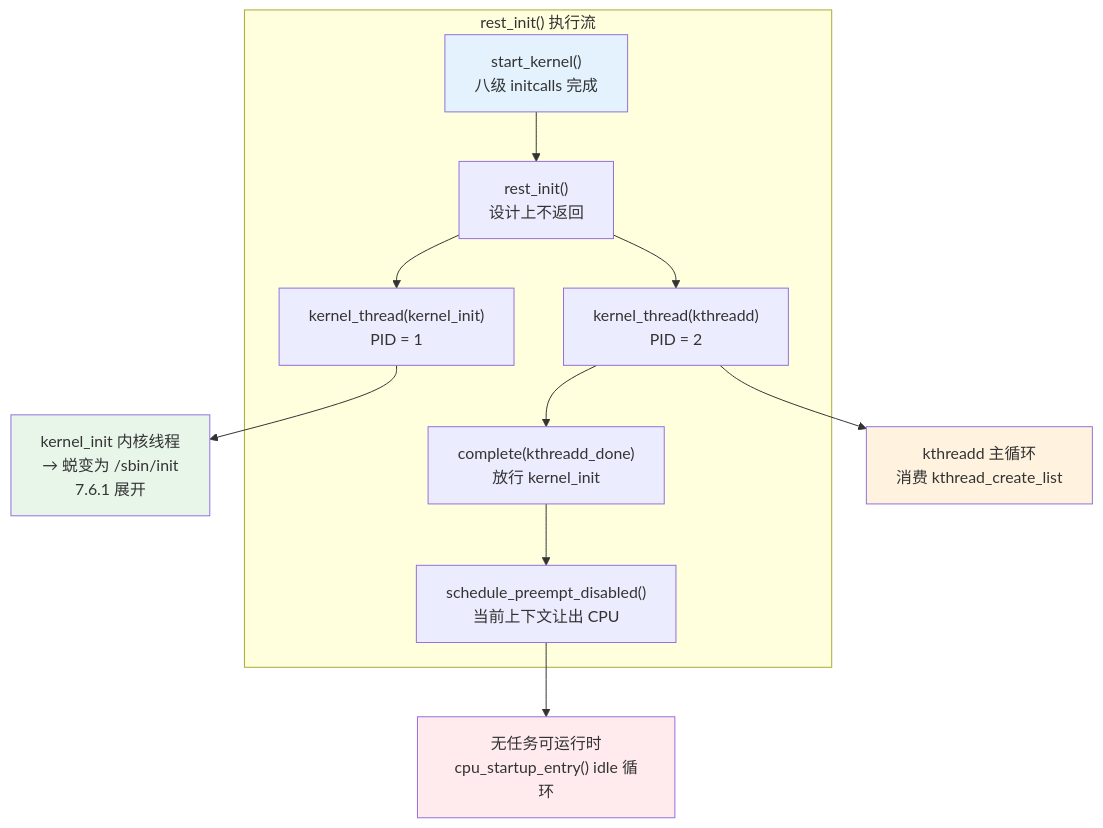
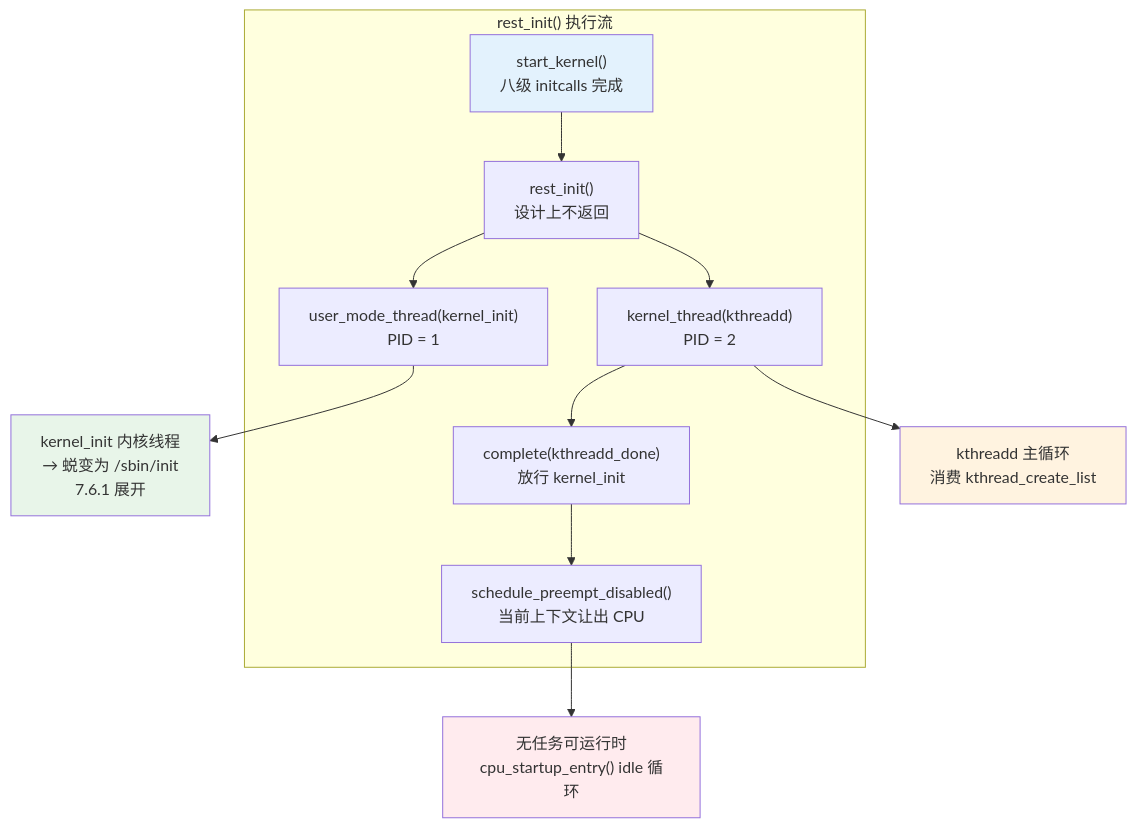
Before and after one commit to xiaohong0925/Embedded_Knowledge_System_V2026: the diagram in docs/02-核心机制深度解析/第7章 启动链深度解析/7.5.4_rest_init与kernel_init_1号进程的诞生.md, drawn with Mermaid. The commit also changed other lines of this file and 49 other files, not shown here.

````diff
--- a/docs/02-核心机制深度解析/第7章 启动链深度解析/7.5.4_rest_init与kernel_init_1号进程的诞生.md
+++ b/docs/02-核心机制深度解析/第7章 启动链深度解析/7.5.4_rest_init与kernel_init_1号进程的诞生.md
@@ -146,19 +147,19 @@
 ```mermaid
 flowchart TB
     subgraph rest_init["rest_init() 执行流"]
         A["start_kernel()<br>八级 initcalls 完成"] --> B["rest_init()<br>设计上不返回"]
-        B --> C["kernel_thread(kernel_init)<br>PID = 1"]
+        B --> C["user_mode_thread(kernel_init)<br>PID = 1"]
         B --> D["kernel_thread(kthreadd)<br>PID = 2"]
         D --> E["complete(kthreadd_done)<br>放行 kernel_init"]
         E --> F["schedule_preempt_disabled()<br>当前上下文让出 CPU"]
     end
 
     C --> G["kernel_init 内核线程<br>→ 蜕变为 /sbin/init<br>7.6.1 展开"]
     D --> H["kthreadd 主循环<br>消费 kthread_create_list"]
     F --> I["无任务可运行时<br>cpu_startup_entry() idle 循环"]
 
     style A fill:#e3f2fd
     style G fill:#e8f5e9
     style H fill:#fff3e0
     style I fill:#ffebee
 ```
````
